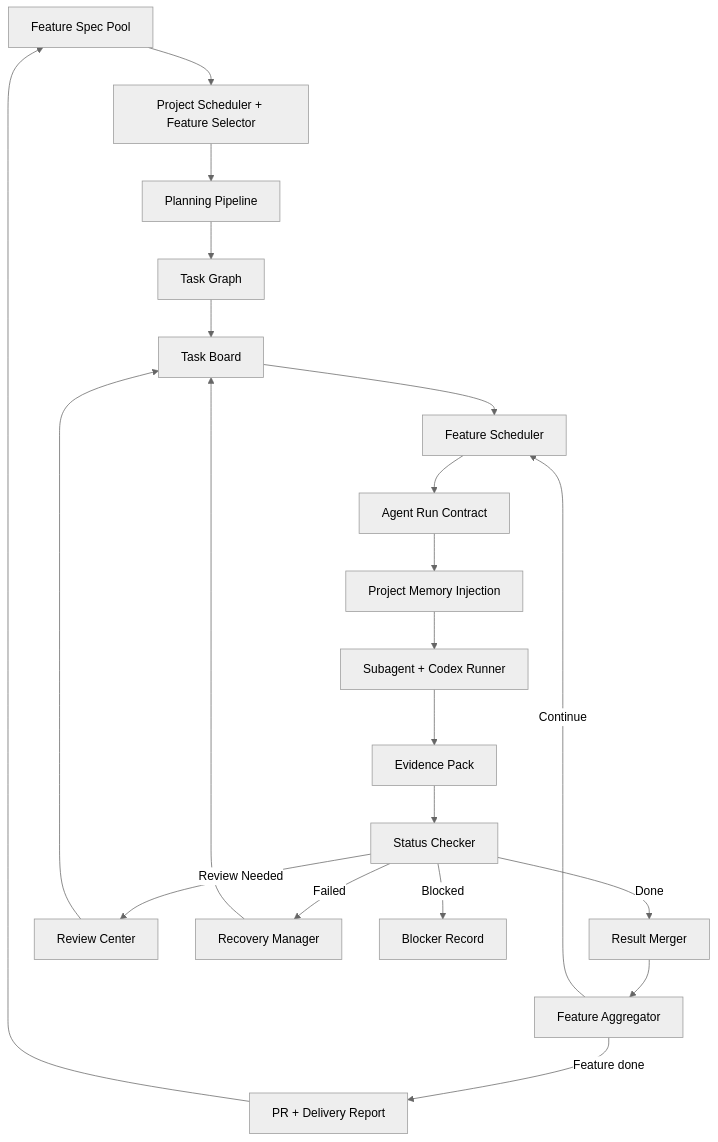
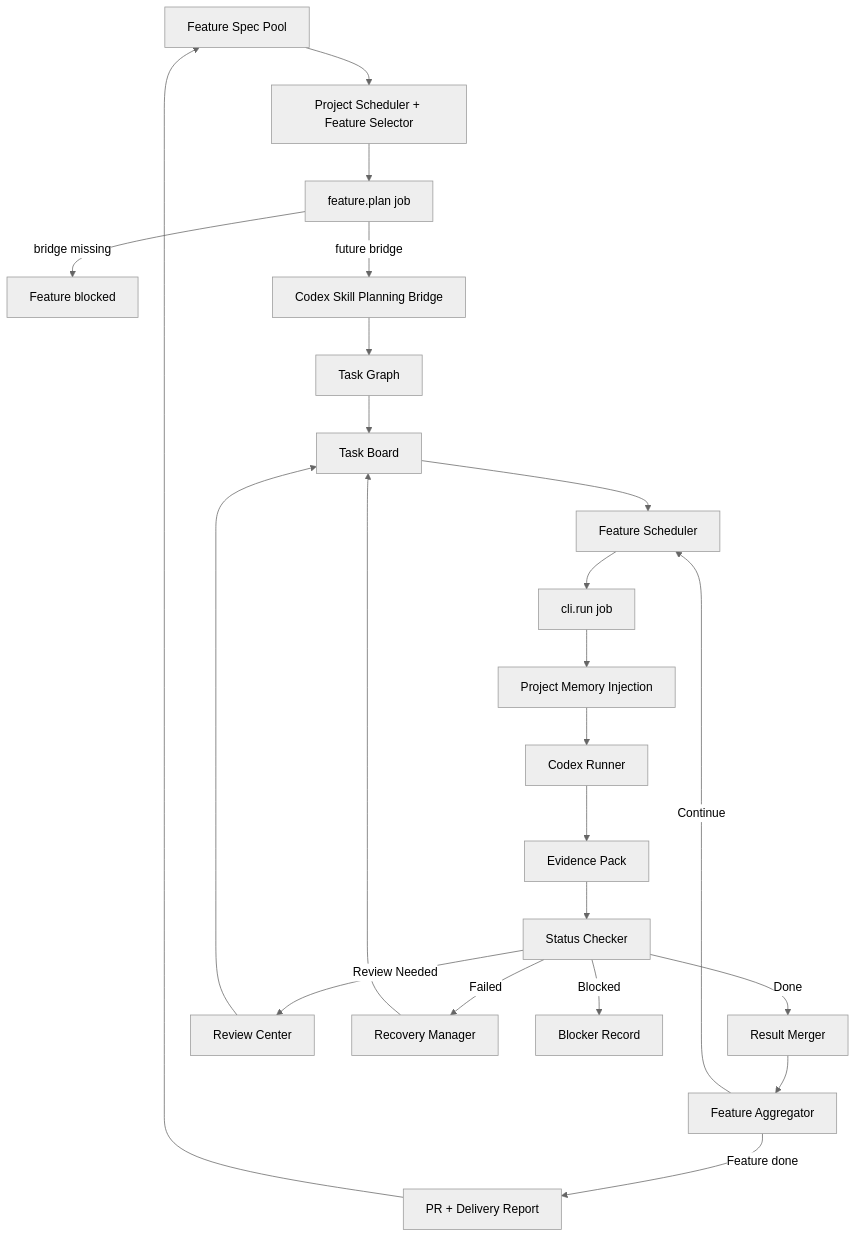
The fourth of 5 diagrams in docs/zh-CN/hld.md (songcojp/Spec-Driven-Autonomous-Coding-System), drawn with Mermaid (neutral theme) before and after one commit. The commit also changed other lines of this file and 30 other files, not shown here.

````diff
--- a/docs/zh-CN/hld.md
+++ b/docs/zh-CN/hld.md
@@ -485,23 +485,25 @@
 ```mermaid
 flowchart TD
   Pool[Feature Spec Pool] --> Selector[Project Scheduler + Feature Selector]
-  Selector --> Planning[Planning Pipeline]
+  Selector --> SchedulerJob[feature.plan job]
+  SchedulerJob -->|bridge missing| BlockedPlanning[Feature blocked]
+  SchedulerJob -->|future bridge| Planning[Codex Skill Planning Bridge]
   Planning --> Graph[Task Graph]
   Graph --> Board[Task Board]
   Board --> Schedule[Feature Scheduler]
-  Schedule --> Contract[Agent Run Contract]
-  Contract --> Memory[Project Memory Injection]
-  Memory --> Runner[Subagent + Codex Runner]
+  Schedule --> CliJob[cli.run job]
+  CliJob --> Memory[Project Memory Injection]
+  Memory --> Runner[Codex Runner]
   Runner --> Evidence[Evidence Pack]
   Evidence --> Check[Status Checker]
   Check -->|Done| Merge[Result Merger]
   Check -->|Review Needed| Review[Review Center]
   Check -->|Failed| Recovery[Recovery Manager]
   Check -->|Blocked| Blocked[Blocker Record]
   Merge --> Aggregate[Feature Aggregator]
   Review --> Board
   Recovery --> Board
   Aggregate -->|Feature done| Delivery[PR + Delivery Report]
   Aggregate -->|Continue| Schedule
   Delivery --> Pool
 ```
````
